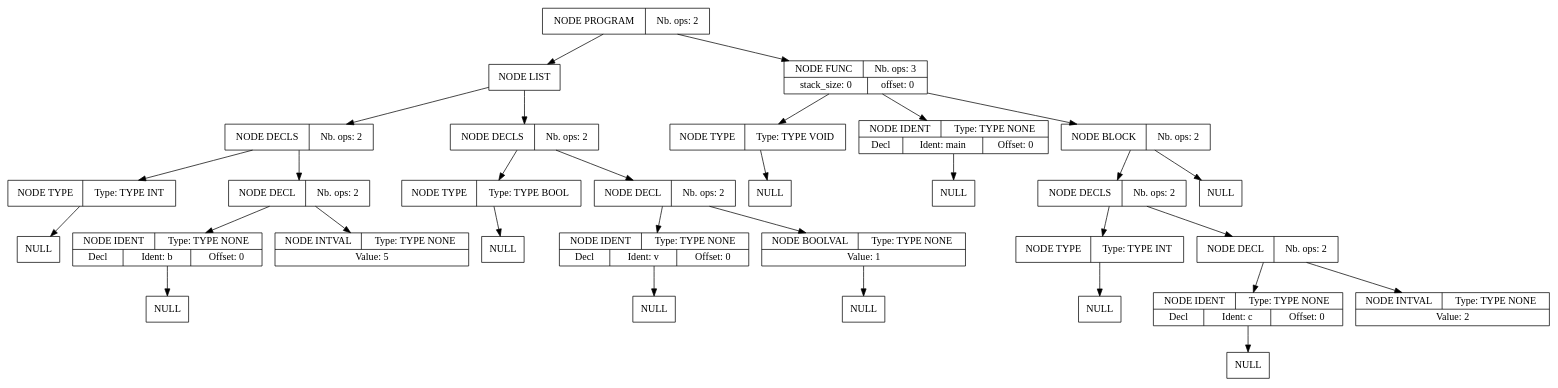
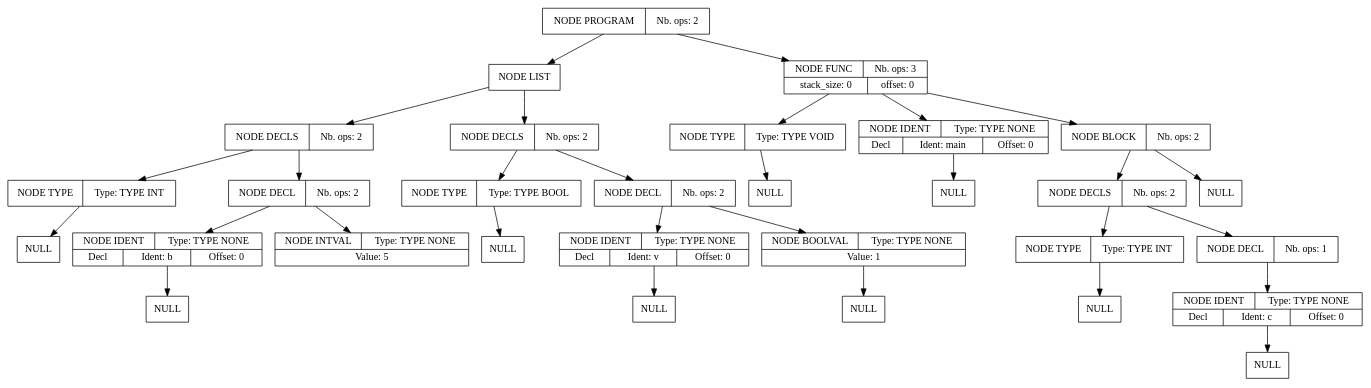
Before and after one commit to Harian-Elyoth/CompilateurMiniC: the diagram in src/arbre_du_program.dot, drawn with Graphviz. The commit also changed 24 other files, not shown here.

```diff
--- a/src/arbre_du_program.dot
+++ b/src/arbre_du_program.dot
@@ -1,93 +1,90 @@
 digraph global_vars {
     N1 [shape=record, label="{{NODE PROGRAM|Nb. ops: 2}}"];
     N2 [shape=record, label="{{NODE LIST}}"];
     N3 [shape=record, label="{{NODE DECLS|Nb. ops: 2}}"];
     N4 [shape=record, label="{{NODE TYPE|Type: TYPE INT}}"];
     N5 [shape=record, label="{{NULL}}"];
     edge[tailclip=true];
     N4 -> N5
     edge[tailclip=true];
     N3 -> N4
     N6 [shape=record, label="{{NODE DECL|Nb. ops: 2}}"];
     N7 [shape=record, label="{{NODE IDENT|Type: TYPE NONE}|{<decl>Decl      |Ident: b|Offset: 0}}"];
     N8 [shape=record, label="{{NULL}}"];
     edge[tailclip=true];
     N7 -> N8
     edge[tailclip=true];
     N6 -> N7
     N9 [shape=record, label="{{NODE INTVAL|Type: TYPE NONE}|{Value: 5}}"];
     edge[tailclip=true];
     N6 -> N9
     edge[tailclip=true];
     N3 -> N6
     edge[tailclip=true];
     N2 -> N3
     N10 [shape=record, label="{{NODE DECLS|Nb. ops: 2}}"];
     N11 [shape=record, label="{{NODE TYPE|Type: TYPE BOOL}}"];
     N12 [shape=record, label="{{NULL}}"];
     edge[tailclip=true];
     N11 -> N12
     edge[tailclip=true];
     N10 -> N11
     N13 [shape=record, label="{{NODE DECL|Nb. ops: 2}}"];
     N14 [shape=record, label="{{NODE IDENT|Type: TYPE NONE}|{<decl>Decl      |Ident: v|Offset: 0}}"];
     N15 [shape=record, label="{{NULL}}"];
     edge[tailclip=true];
     N14 -> N15
     edge[tailclip=true];
     N13 -> N14
     N16 [shape=record, label="{{NODE BOOLVAL|Type: TYPE NONE}|{Value: 1}}"];
     N17 [shape=record, label="{{NULL}}"];
     edge[tailclip=true];
     N16 -> N17
     edge[tailclip=true];
     N13 -> N16
     edge[tailclip=true];
     N10 -> N13
     edge[tailclip=true];
     N2 -> N10
     edge[tailclip=true];
     N1 -> N2
     N18 [shape=record, label="{{NODE FUNC|Nb. ops: 3}|{stack_size: 0|offset: 0}}"];
     N19 [shape=record, label="{{NODE TYPE|Type: TYPE VOID}}"];
     N20 [shape=record, label="{{NULL}}"];
     edge[tailclip=true];
     N19 -> N20
     edge[tailclip=true];
     N18 -> N19
     N21 [shape=record, label="{{NODE IDENT|Type: TYPE NONE}|{<decl>Decl      |Ident: main|Offset: 0}}"];
     N22 [shape=record, label="{{NULL}}"];
     edge[tailclip=true];
     N21 -> N22
     edge[tailclip=true];
     N18 -> N21
     N23 [shape=record, label="{{NODE BLOCK|Nb. ops: 2}}"];
     N24 [shape=record, label="{{NODE DECLS|Nb. ops: 2}}"];
     N25 [shape=record, label="{{NODE TYPE|Type: TYPE INT}}"];
     N26 [shape=record, label="{{NULL}}"];
     edge[tailclip=true];
     N25 -> N26
     edge[tailclip=true];
     N24 -> N25
-    N27 [shape=record, label="{{NODE DECL|Nb. ops: 2}}"];
+    N27 [shape=record, label="{{NODE DECL|Nb. ops: 1}}"];
     N28 [shape=record, label="{{NODE IDENT|Type: TYPE NONE}|{<decl>Decl      |Ident: c|Offset: 0}}"];
     N29 [shape=record, label="{{NULL}}"];
     edge[tailclip=true];
     N28 -> N29
     edge[tailclip=true];
     N27 -> N28
-    N30 [shape=record, label="{{NODE INTVAL|Type: TYPE NONE}|{Value: 2}}"];
-    edge[tailclip=true];
-    N27 -> N30
     edge[tailclip=true];
     N24 -> N27
     edge[tailclip=true];
     N23 -> N24
-    N31 [shape=record, label="{{NULL}}"];
+    N30 [shape=record, label="{{NULL}}"];
     edge[tailclip=true];
-    N23 -> N31
+    N23 -> N30
     edge[tailclip=true];
     N18 -> N23
     edge[tailclip=true];
     N1 -> N18
 }
```
